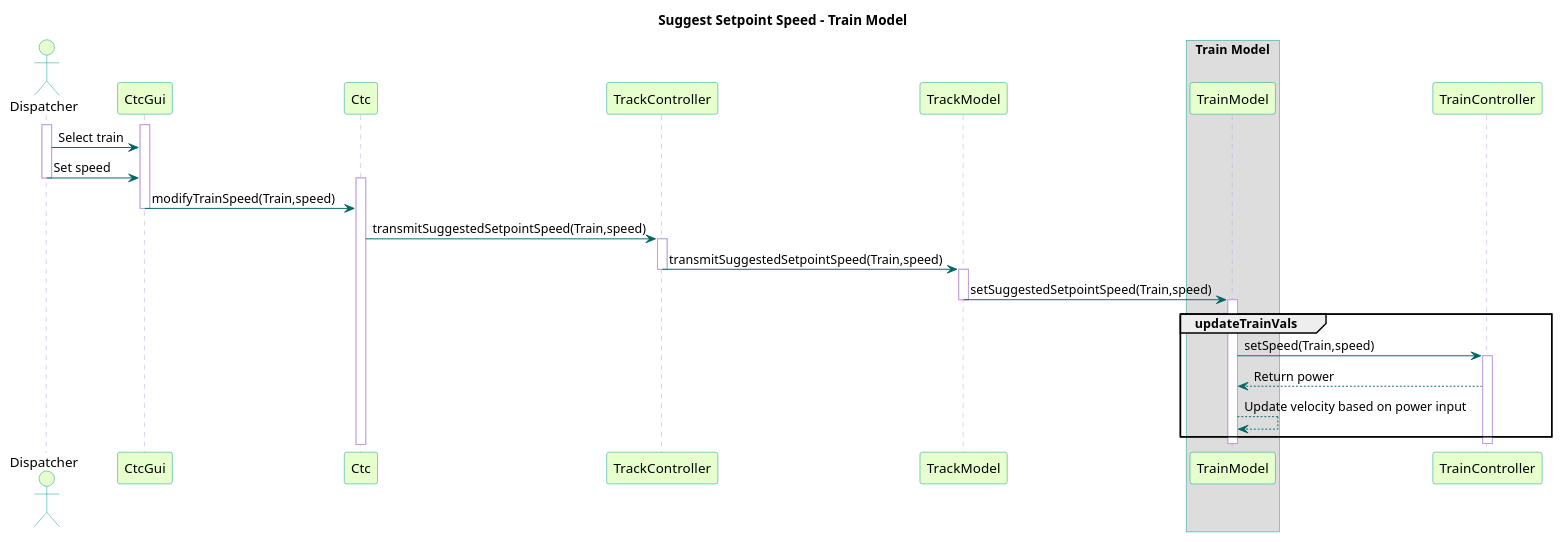
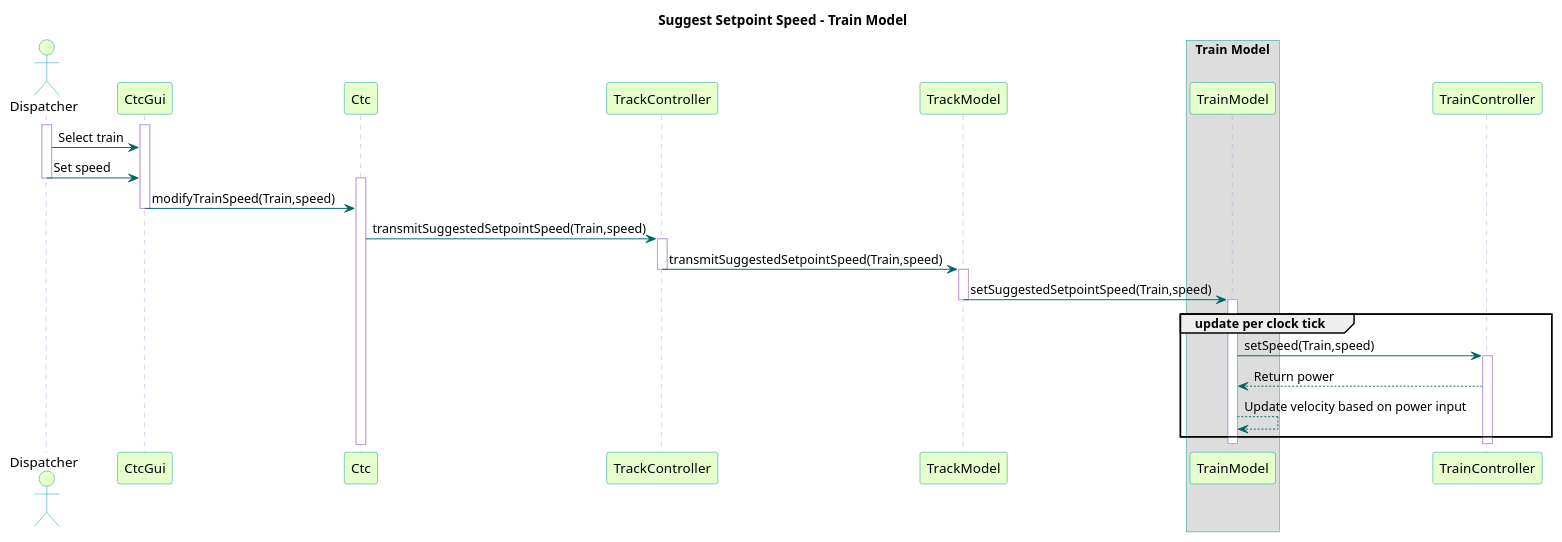
The diagram in TrainSystem/yUML/Sequence Diagrams/TrainModel/SetSetpointSpeed.puml (kevingilboy/COE1186), drawn with PlantUML before and after one commit. The commit also changed 5 other files, not shown here.

```diff
--- a/TrainSystem/yUML/Sequence Diagrams/TrainModel/SetSetpointSpeed.puml
+++ b/TrainSystem/yUML/Sequence Diagrams/TrainModel/SetSetpointSpeed.puml
@@ -1,59 +1,59 @@
 @startuml
 
 title Suggest Setpoint Speed - Train Model
 
 skinparam sequence {
   BackgroundColor transparent
   ActorBackgroundColor #e6ffcc
   ActorBorderColor 	#049595
   ParticipantBackgroundColor #e6ffcc
   ParticipantBorderColor 	#049595
   BoxBorderColor    #049595
   PackageBorderCOlor  #049595
   ArrowColor #006666
   LifeLineBorderColor #c09cd9
 }
 
 actor "Dispatcher"
 participant CtcGui
 participant Ctc
 participant TrackController
 participant TrackModel
 box "Train Model"
 participant TrainModel
 end box
 'participant Mbo
 
 activate Dispatcher
 activate CtcGui
 Dispatcher -> CtcGui : Select train
 Dispatcher -> CtcGui : Set speed
 deactivate Dispatcher
 
 activate Ctc
 CtcGui -> Ctc : modifyTrainSpeed(Train,speed)
 deactivate CtcGui
 Ctc -> TrackController : transmitSuggestedSetpointSpeed(Train,speed)
 
 activate TrackController
 TrackController -> TrackModel : transmitSuggestedSetpointSpeed(Train,speed)
 deactivate TrackController
 
 activate TrackModel
 TrackModel -> TrainModel : setSuggestedSetpointSpeed(Train,speed)
 deactivate TrackModel
 
-group updateTrainVals
+group update per clock tick
 activate TrainModel
 TrainModel -> TrainController : setSpeed(Train,speed)
 
 activate TrainController
 TrainController --> TrainModel : Return power
 TrainModel --> TrainModel : Update velocity based on power input
 end
 deactivate TrainModel
 
 deactivate TrainController
 
 
 @enduml
```
